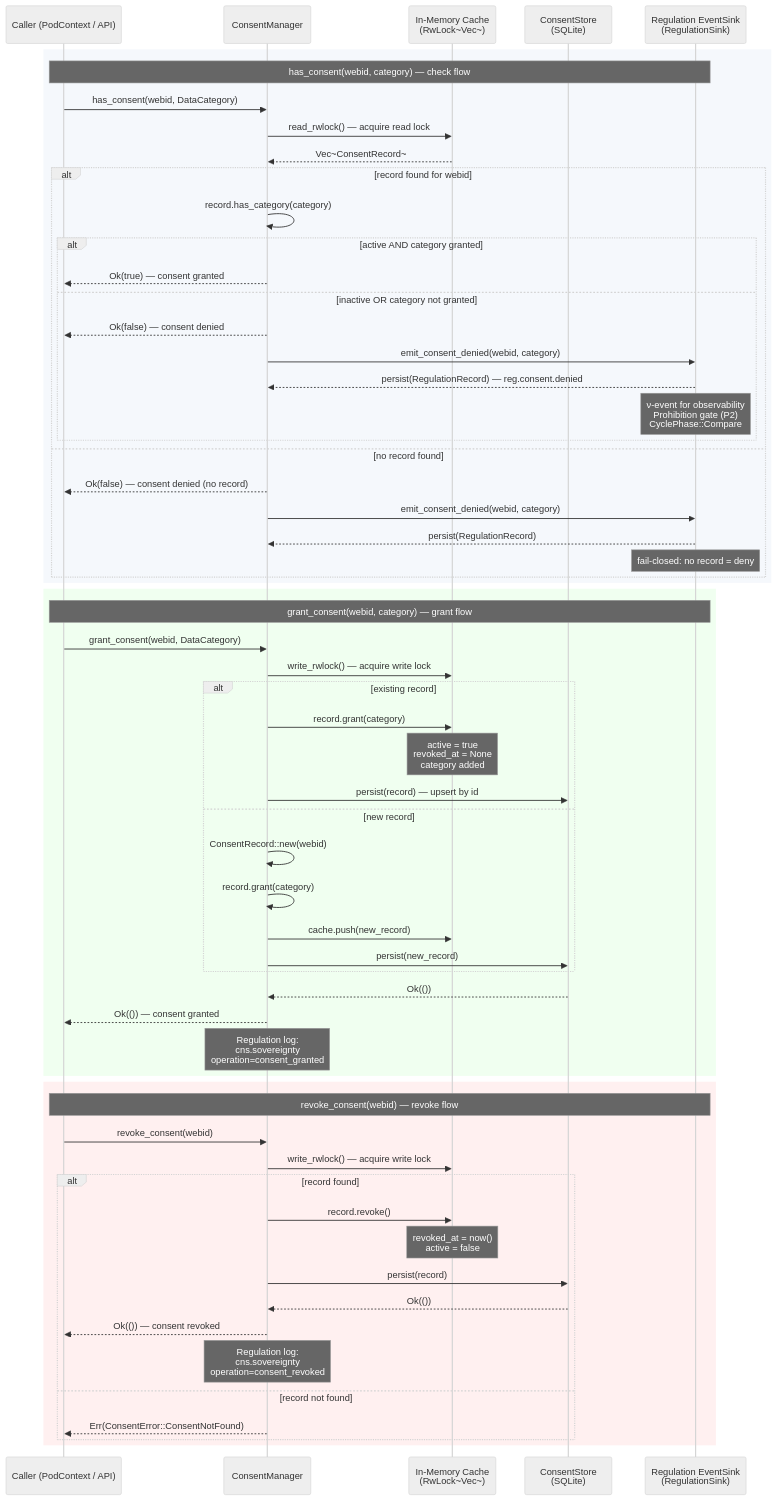
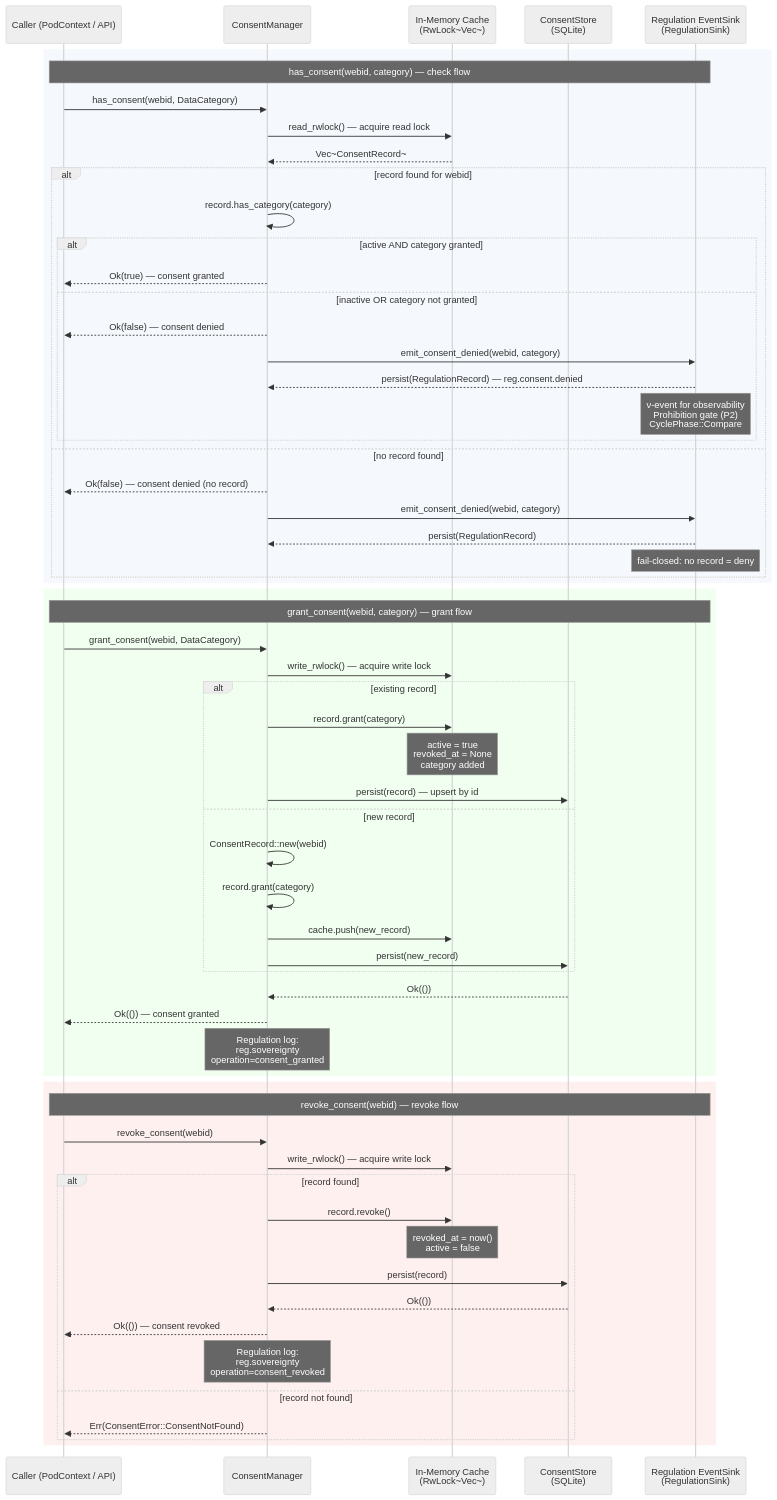
The fourth of 6 diagrams in docs/explanation/sovereignty-and-ocap.md (mdz-axo/hKask), drawn with Mermaid (neutral theme) before and after one commit. The commit also changed other lines of this file and 43 other files, not shown here.

First line of the commit message:
Add LoRA G0 gate and rename CNS to Regulation

````diff
--- a/docs/explanation/sovereignty-and-ocap.md
+++ b/docs/explanation/sovereignty-and-ocap.md
@@ -351,76 +351,76 @@
 ```mermaid
 sequenceDiagram
     participant Caller as Caller (PodContext / API)
     participant CM as ConsentManager
     participant Cache as In-Memory Cache<br/>(RwLock~Vec~)
     participant Store as ConsentStore<br/>(SQLite)
     participant Regulation as Regulation EventSink<br/>(RegulationSink)
 
     %% ── has_consent() check flow ──
     rect rgb(245, 248, 252)
         Note over Caller,Regulation: has_consent(webid, category) — check flow
 
         Caller->>CM: has_consent(webid, DataCategory)
         CM->>Cache: read_rwlock() — acquire read lock
         Cache-->>CM: Vec~ConsentRecord~
 
         alt record found for webid
             CM->>CM: record.has_category(category)
             alt active AND category granted
                 CM-->>Caller: Ok(true) — consent granted
             else inactive OR category not granted
                 CM-->>Caller: Ok(false) — consent denied
                 CM->>Regulation: emit_consent_denied(webid, category)
                 Regulation-->>CM: persist(RegulationRecord) — reg.consent.denied
                 Note over Regulation: ν-event for observability<br/>Prohibition gate (P2)<br/>CyclePhase::Compare
             end
         else no record found
             CM-->>Caller: Ok(false) — consent denied (no record)
             CM->>Regulation: emit_consent_denied(webid, category)
             Regulation-->>CM: persist(RegulationRecord)
             Note over Regulation: fail-closed: no record = deny
         end
     end
 
     %% ── grant_consent() flow ──
     rect rgb(240, 255, 240)
         Note over Caller,Regulation: grant_consent(webid, category) — grant flow
 
         Caller->>CM: grant_consent(webid, DataCategory)
         CM->>Cache: write_rwlock() — acquire write lock
 
         alt existing record
             CM->>Cache: record.grant(category)
             Note over Cache: active = true<br/>revoked_at = None<br/>category added
             CM->>Store: persist(record) — upsert by id
         else new record
             CM->>CM: ConsentRecord::new(webid)
             CM->>CM: record.grant(category)
             CM->>Cache: cache.push(new_record)
             CM->>Store: persist(new_record)
         end
 
         Store-->>CM: Ok(())
         CM-->>Caller: Ok(()) — consent granted
-        Note over CM: Regulation log:<br/>cns.sovereignty<br/>operation=consent_granted
+        Note over CM: Regulation log:<br/>reg.sovereignty<br/>operation=consent_granted
     end
 
     %% ── revoke_consent() flow ──
     rect rgb(255, 240, 240)
         Note over Caller,Regulation: revoke_consent(webid) — revoke flow
 
         Caller->>CM: revoke_consent(webid)
         CM->>Cache: write_rwlock() — acquire write lock
 
         alt record found
             CM->>Cache: record.revoke()
             Note over Cache: revoked_at = now()<br/>active = false
             CM->>Store: persist(record)
             Store-->>CM: Ok(())
             CM-->>Caller: Ok(()) — consent revoked
-            Note over CM: Regulation log:<br/>cns.sovereignty<br/>operation=consent_revoked
+            Note over CM: Regulation log:<br/>reg.sovereignty<br/>operation=consent_revoked
         else record not found
             CM-->>Caller: Err(ConsentError::ConsentNotFound)
         end
     end
 ```
````
